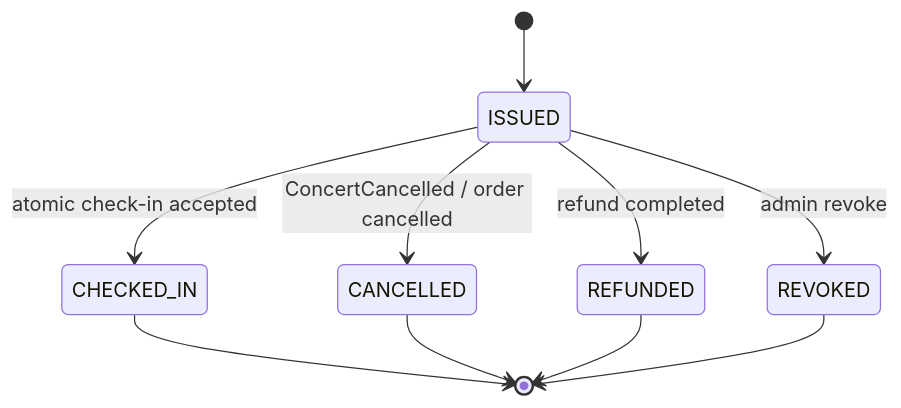
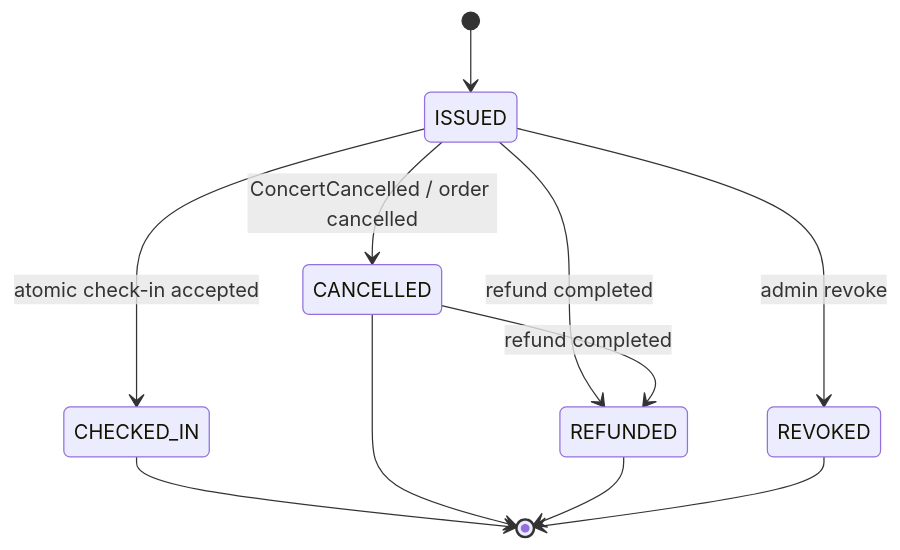
The diagram in docs/contracts/services/ticket-service.md (software-design-138gogo/tickefy-backend), drawn with Mermaid before and after one commit. The commit also changed other lines of this file and 17 other files, not shown here.

````diff
--- a/docs/contracts/services/ticket-service.md
+++ b/docs/contracts/services/ticket-service.md
@@ -163,12 +174,13 @@
 ```mermaid
 stateDiagram-v2
     [*] --> ISSUED
     ISSUED --> CHECKED_IN: atomic check-in accepted
     ISSUED --> CANCELLED: ConcertCancelled / order cancelled
     ISSUED --> REFUNDED: refund completed
+    CANCELLED --> REFUNDED: refund completed
     ISSUED --> REVOKED: admin revoke
     CHECKED_IN --> [*]
     CANCELLED --> [*]
     REFUNDED --> [*]
     REVOKED --> [*]
 ```
````
